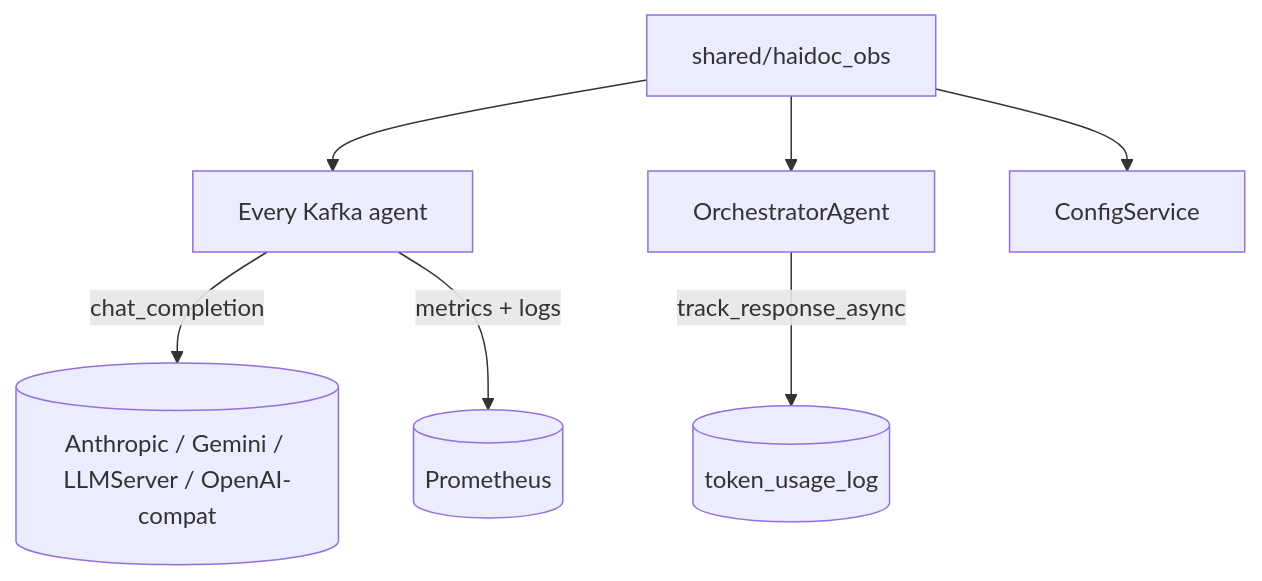
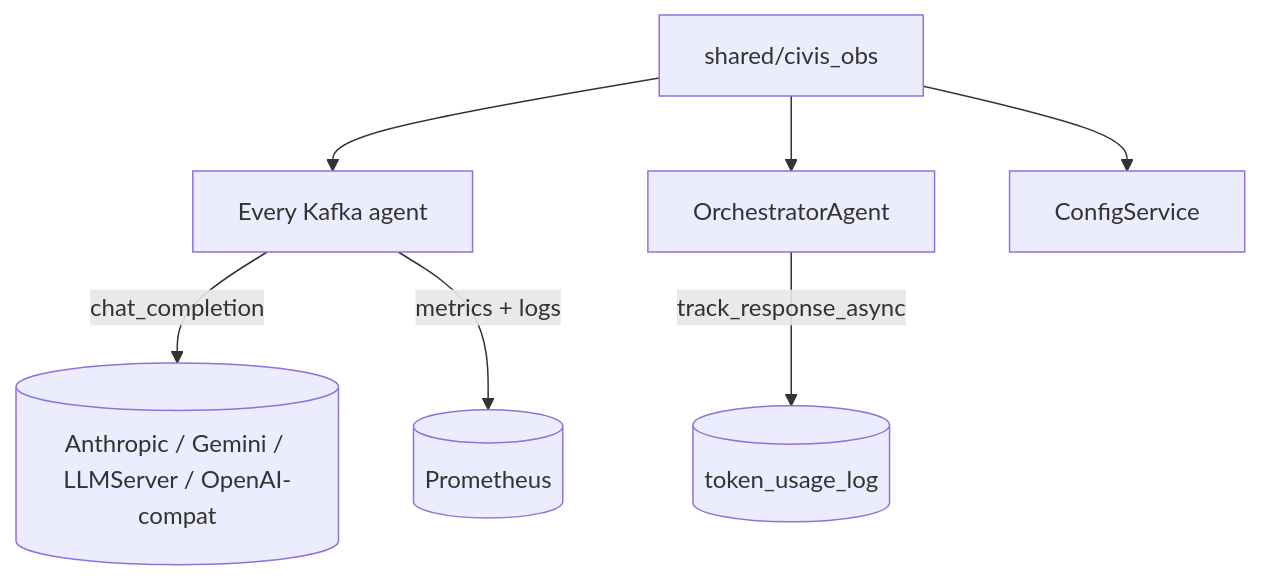
One commit to smohantyargus/ARGUS_HACKATHON_2026_THE_OG_TEAM changed the diagram in shared/SERVICE.md. Above: the diagram before and after it, drawn with Mermaid. The commit also changed other lines of this file and 64 other files, not shown here.

````diff
--- a/shared/SERVICE.md
+++ b/shared/SERVICE.md
@@ -25,10 +25,10 @@
 ```mermaid
 flowchart TB
-    Shared[shared/haidoc_obs]
+    Shared[shared/civis_obs]
     Shared --> Agents[Every Kafka agent]
     Shared --> Orch[OrchestratorAgent]
     Shared --> Conf[ConfigService]
     Agents -->|chat_completion| Providers[(Anthropic / Gemini / LLMServer / OpenAI-compat)]
     Agents -->|metrics + logs| Prom[(Prometheus)]
     Orch -->|track_response_async| DB[(token_usage_log)]
 ```
````
